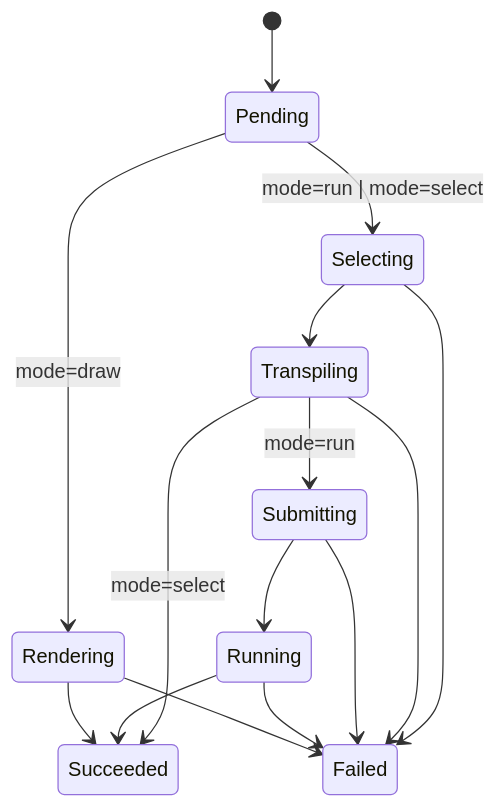
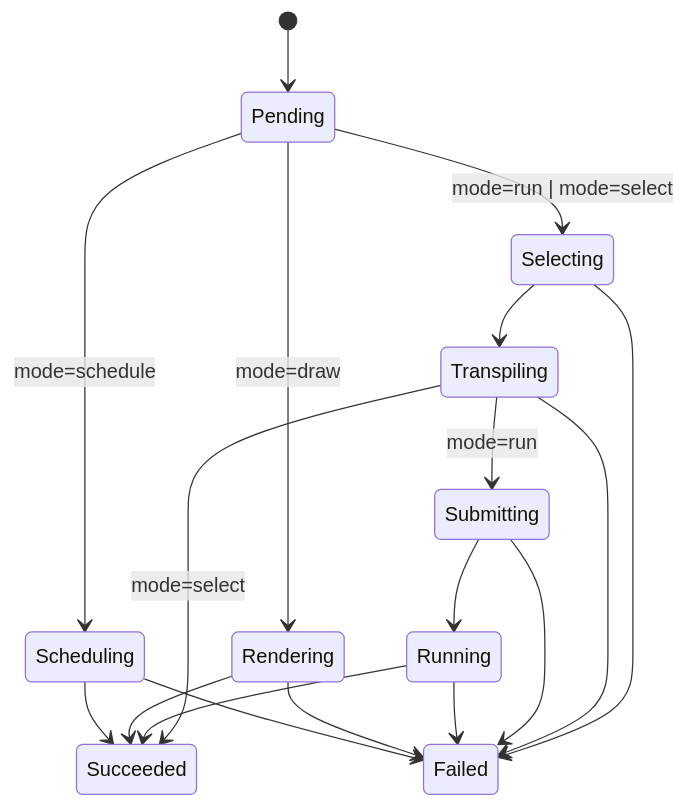
The second of 3 diagrams in docs/systems-design/QCC-API.md (ioaiaaii/quantum-circuit-controller), drawn with Mermaid before and after one commit. The commit also changed other lines of this file and 6 other files, not shown here.

````diff
--- a/docs/systems-design/QCC-API.md
+++ b/docs/systems-design/QCC-API.md
@@ -370,17 +371,20 @@
 ```mermaid
 stateDiagram-v2
     [*] --> Pending
     Pending --> Selecting: mode=run | mode=select
     Pending --> Rendering: mode=draw
+    Pending --> Scheduling: mode=schedule
     Selecting --> Transpiling
     Transpiling --> Submitting: mode=run
     Transpiling --> Succeeded: mode=select
     Submitting --> Running
     Running --> Succeeded
     Rendering --> Succeeded
+    Scheduling --> Succeeded
     Selecting --> Failed
     Transpiling --> Failed
     Submitting --> Failed
     Running --> Failed
     Rendering --> Failed
+    Scheduling --> Failed
 ```
````
